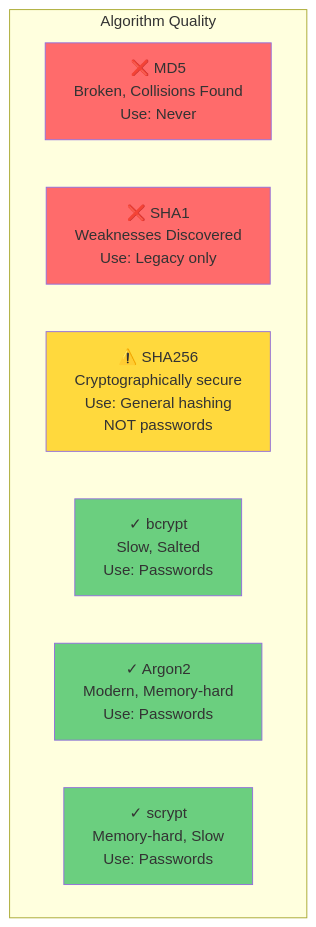
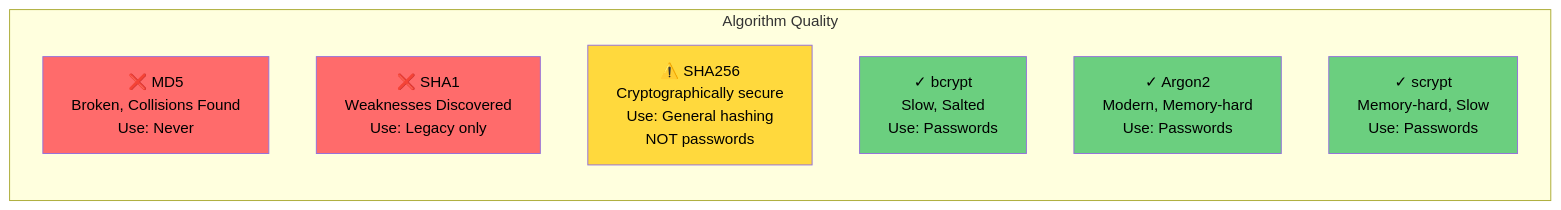
One commit to ahmed-226/Backend-from-first-principles changed the sixth of 15 diagrams in 15.Backend Security/README.md. Above: the diagram before and after it, drawn with Mermaid. The commit also changed other lines of this file and 1 other file, not shown here.

````diff
--- a/15.Backend Security/README.md
+++ b/15.Backend Security/README.md
@@ -547,18 +543,18 @@
 ```mermaid
-graph TB
+graph LR
     subgraph "Algorithm Quality"
         A["❌ MD5<br/>Broken, Collisions Found<br/>Use: Never"]
         B["❌ SHA1<br/>Weaknesses Discovered<br/>Use: Legacy only"]
         C["⚠️ SHA256<br/>Cryptographically secure<br/>Use: General hashing<br/>NOT passwords"]
         D["✓ bcrypt<br/>Slow, Salted<br/>Use: Passwords"]
         E["✓ Argon2<br/>Modern, Memory-hard<br/>Use: Passwords"]
         F["✓ scrypt<br/>Memory-hard, Slow<br/>Use: Passwords"]
     end
     
-    style A fill:#FF6B6B
-    style B fill:#FF6B6B
-    style C fill:#FFD93D
-    style D fill:#6BCF7F
-    style E fill:#6BCF7F
-    style F fill:#6BCF7F
+    style A fill:#FF6B6B,color:#000
+    style B fill:#FF6B6B,color:#000
+    style C fill:#FFD93D,color:#000
+    style D fill:#6BCF7F,color:#000
+    style E fill:#6BCF7F,color:#000
+    style F fill:#6BCF7F,color:#000
 ```
````
